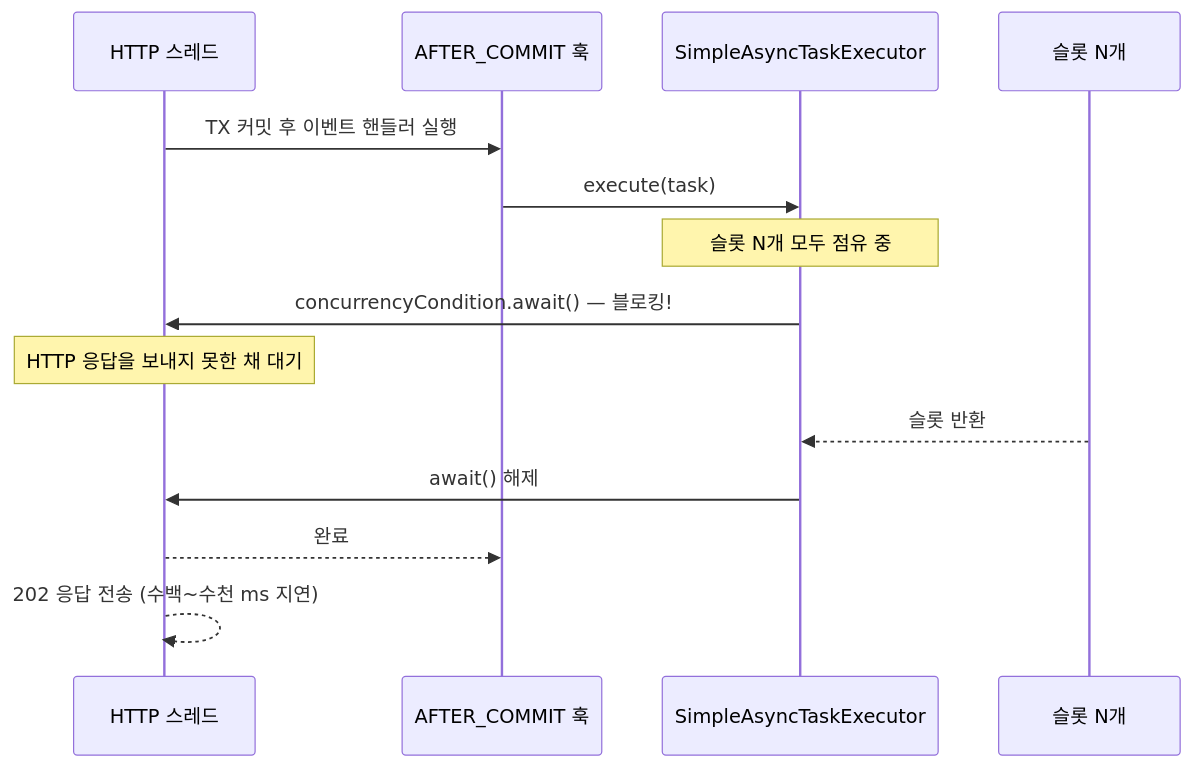
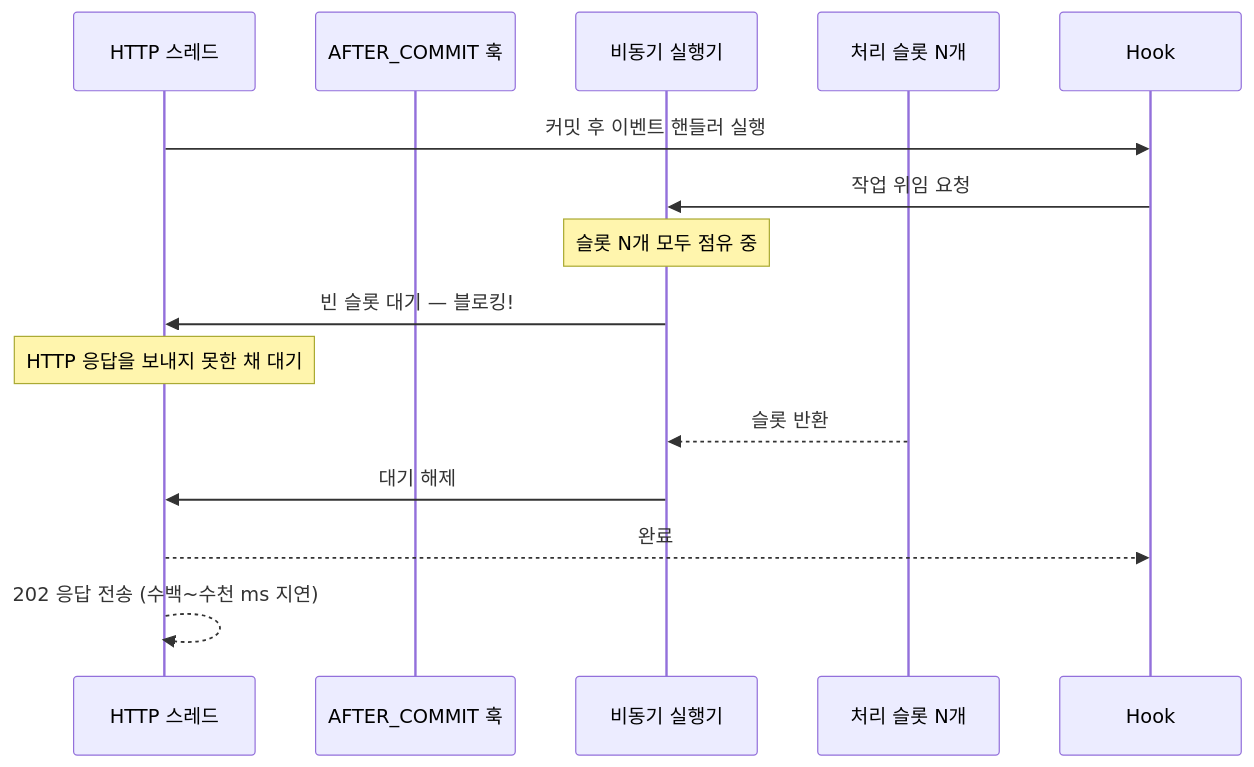
One commit to hyoguoo/hyoguoo.github.io changed the fifth of 8 diagrams in src/content/docs/blog/async-payment-flow.md. Above: the diagram before and after it, drawn with Mermaid. The commit also changed other lines of this file and 1 other file, not shown here.

````diff
--- a/src/content/docs/blog/async-payment-flow.md
+++ b/src/content/docs/blog/async-payment-flow.md
@@ -304,16 +307,16 @@
 ```mermaid
 sequenceDiagram
     participant HTTP as HTTP 스레드
     participant AFTER_COMMIT as AFTER_COMMIT 훅
-    participant Executor as SimpleAsyncTaskExecutor
-    participant Worker as 슬롯 N개
-    HTTP ->> AFTER_COMMIT: TX 커밋 후 이벤트 핸들러 실행
-    AFTER_COMMIT ->> Executor: execute(task)
+    participant Executor as 비동기 실행기
+    participant Worker as 처리 슬롯 N개
+    HTTP ->> Hook: 커밋 후 이벤트 핸들러 실행
+    Hook ->> Executor: 작업 위임 요청
     Note over Executor: 슬롯 N개 모두 점유 중
-    Executor ->> HTTP: concurrencyCondition.await() — 블로킹!
+    Executor ->> HTTP: 빈 슬롯 대기 — 블로킹!
     Note over HTTP: HTTP 응답을 보내지 못한 채 대기
     Worker -->> Executor: 슬롯 반환
-    Executor ->> HTTP: await() 해제
-    HTTP -->> AFTER_COMMIT: 완료
+    Executor ->> HTTP: 대기 해제
+    HTTP -->> Hook: 완료
     HTTP -->> HTTP: 202 응답 전송 (수백~수천 ms 지연)
 ```
````
